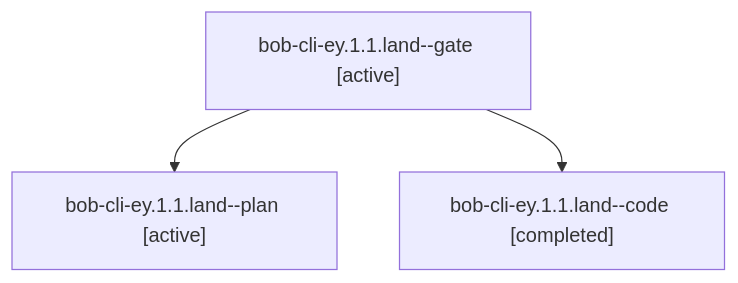
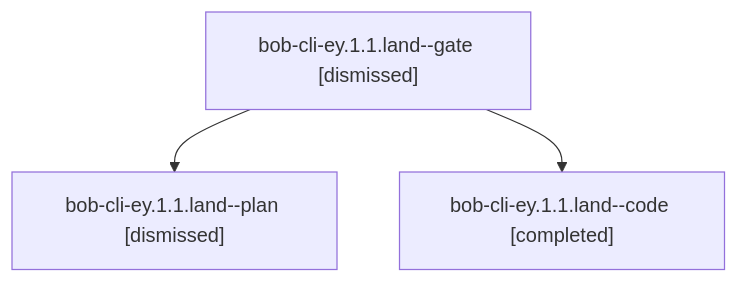
Before and after one commit to bobs-org/bob-cli--agents: the diagram in sessions/bbugyi200.apollo.bob-cli-ey.1.1.land.md, drawn with Mermaid. The commit also changed other lines of this file and 240 other files, not shown here.

````diff
--- a/sessions/bbugyi200.apollo.bob-cli-ey.1.1.land.md
+++ b/sessions/bbugyi200.apollo.bob-cli-ey.1.1.land.md
@@ -9,8 +9,8 @@
 ```mermaid
 flowchart TD
-  n0["bob-cli-ey.1.1.land--gate [active]"]
-  n1["bob-cli-ey.1.1.land--plan [active]"]
+  n0["bob-cli-ey.1.1.land--gate [dismissed]"]
+  n1["bob-cli-ey.1.1.land--plan [dismissed]"]
   n0 --> n1
   n2["bob-cli-ey.1.1.land--code [completed]"]
   n0 --> n2
 ```
````
